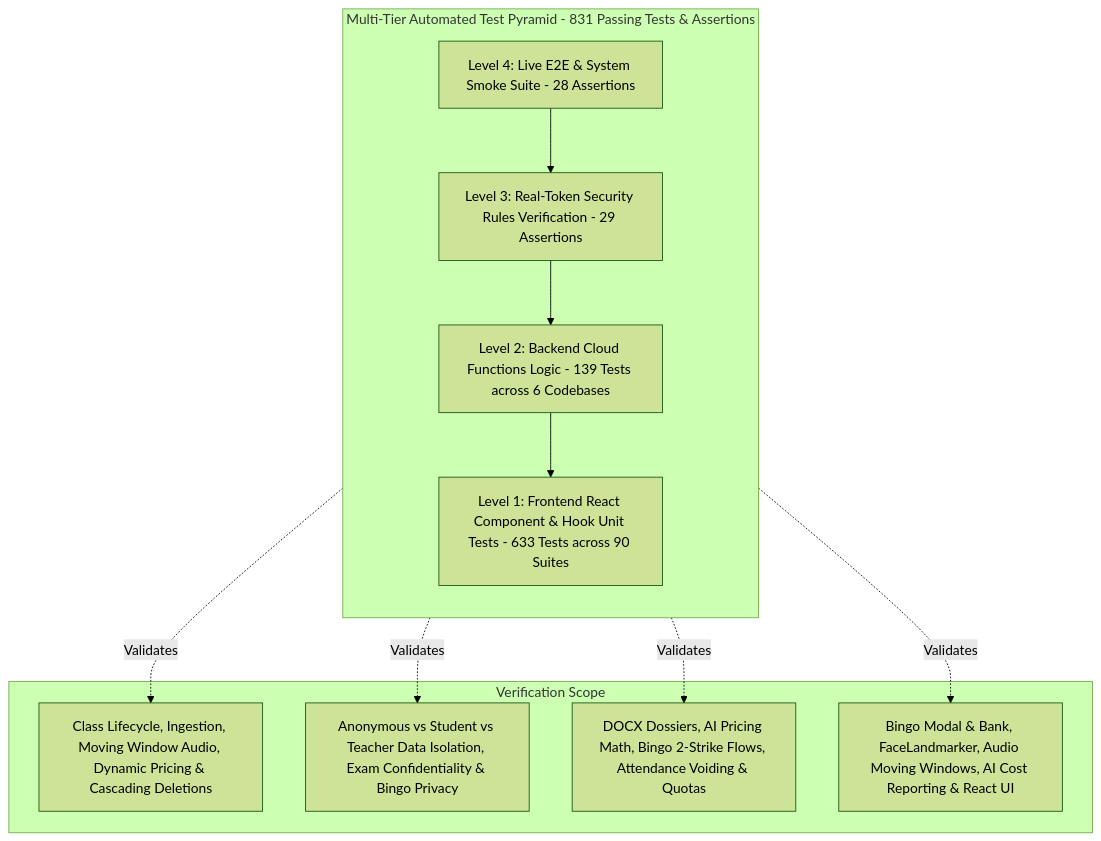
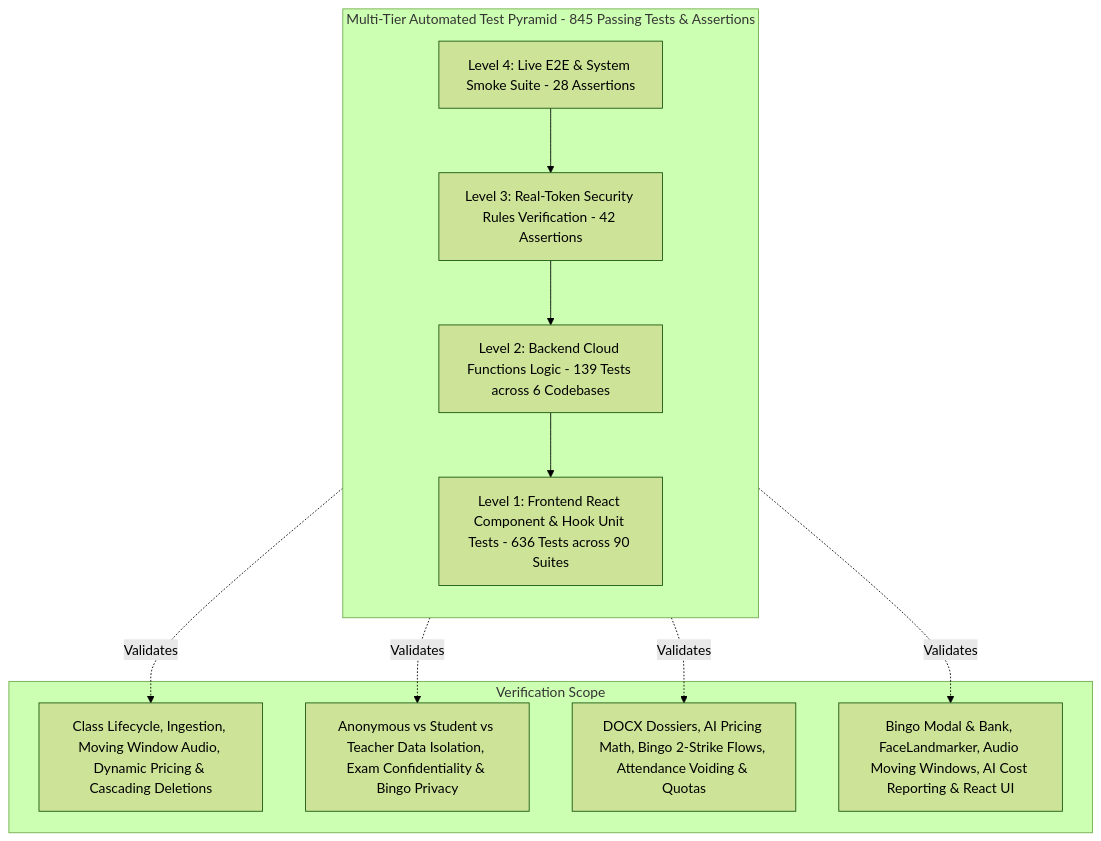
The diagram in docs/testing-strategy-and-coverage.md (wongcyrus/Gemini-AI-Classroom-Assistant), drawn with Mermaid (forest theme) before and after one commit. The commit also changed other lines of this file and 4 other files, not shown here.

Commit message:
fix(security): harden Firestore security rules and write permissions across newly added tables

````diff
--- a/docs/testing-strategy-and-coverage.md
+++ b/docs/testing-strategy-and-coverage.md
@@ -11,19 +11,19 @@
 ```mermaid
 flowchart TD
-    subgraph Pyramid [Multi-Tier Automated Test Pyramid - 831 Passing Tests & Assertions]
+    subgraph Pyramid [Multi-Tier Automated Test Pyramid - 845 Passing Tests & Assertions]
         direction TB
         L4[Level 4: Live E2E & System Smoke Suite - 28 Assertions]
-        L3[Level 3: Real-Token Security Rules Verification - 29 Assertions]
+        L3[Level 3: Real-Token Security Rules Verification - 42 Assertions]
         L2[Level 2: Backend Cloud Functions Logic - 139 Tests across 6 Codebases]
-        L1[Level 1: Frontend React Component & Hook Unit Tests - 633 Tests across 90 Suites]
+        L1[Level 1: Frontend React Component & Hook Unit Tests - 636 Tests across 90 Suites]
         
         L4 --> L3 --> L2 --> L1
     end
 
     subgraph Details [Verification Scope]
         L4 -.->|Validates| D4[Class Lifecycle, Ingestion, Moving Window Audio, Dynamic Pricing & Cascading Deletions]
         L3 -.->|Validates| D3[Anonymous vs Student vs Teacher Data Isolation, Exam Confidentiality & Bingo Privacy]
         L2 -.->|Validates| D2[DOCX Dossiers, AI Pricing Math, Bingo 2-Strike Flows, Attendance Voiding & Quotas]
         L1 -.->|Validates| D1[Bingo Modal & Bank, FaceLandmarker, Audio Moving Windows, AI Cost Reporting & React UI]
     end
 ```
````
